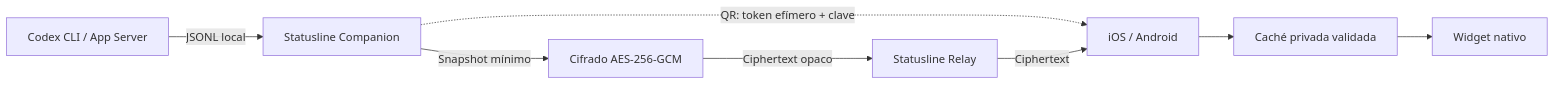
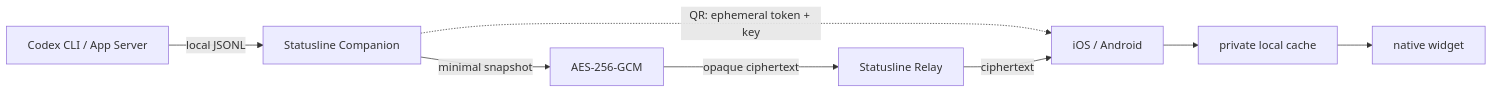
The diagram in README.md (arvivares/statusline), drawn with Mermaid before and after one commit. The commit also changed other lines of this file and 38 other files, not shown here.

````diff
--- a/README.md
+++ b/README.md
@@ -57,10 +76,10 @@
 ```mermaid
 flowchart LR
-    Codex[Codex CLI / App Server] -->|JSONL local| Desktop[Statusline Companion]
-    Desktop -->|Snapshot mínimo| Crypto[Cifrado AES-256-GCM]
-    Crypto -->|Ciphertext opaco| Relay[Statusline Relay]
-    Desktop -.->|QR: token efímero + clave| Mobile[iOS / Android]
-    Relay -->|Ciphertext| Mobile
-    Mobile --> Cache[Caché privada validada]
-    Cache --> Widget[Widget nativo]
+    Codex[Codex CLI / App Server] -->|local JSONL| Desktop[Statusline Companion]
+    Desktop -->|minimal snapshot| Crypto[AES-256-GCM]
+    Crypto -->|opaque ciphertext| Relay[Statusline Relay]
+    Desktop -.->|QR: ephemeral token + key| Mobile[iOS / Android]
+    Relay -->|ciphertext| Mobile
+    Mobile --> Cache[private local cache]
+    Cache --> Widget[native widget]
 ```
````
